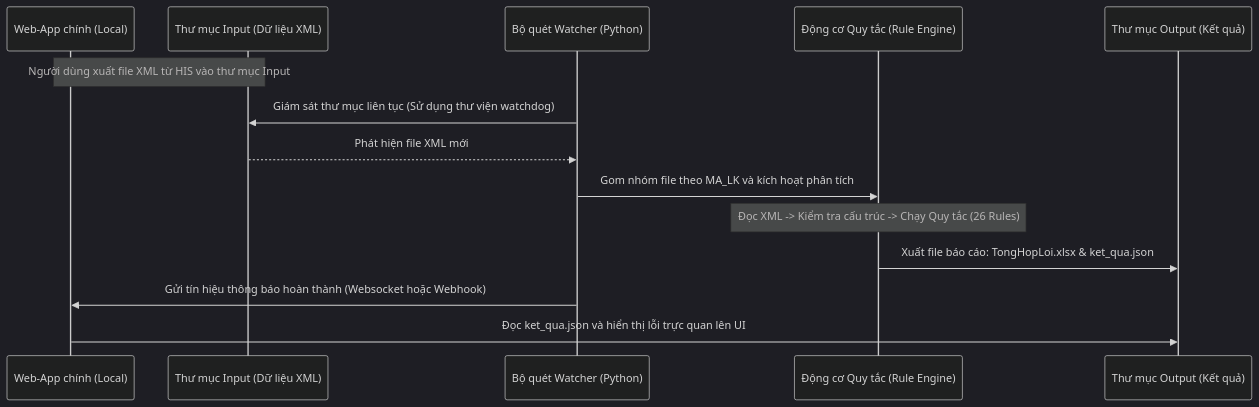
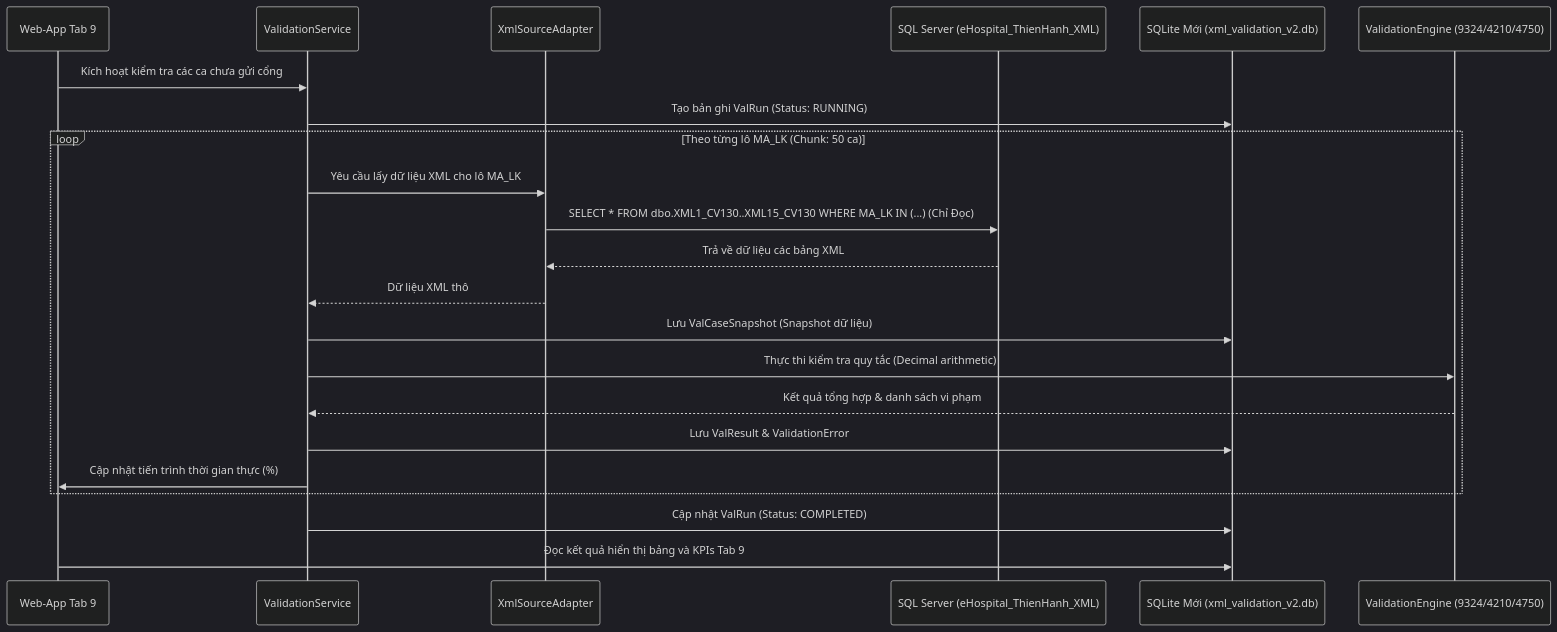
The diagram in xml_validation_tool_spec.md (buinguyenhong/CHECKBHYT), drawn with Mermaid (dark theme) before and after one commit. The commit also changed other lines of this file and 24 other files, not shown here.

Commit message:
feat(validator-v2): Thay the XML Validator tai Tab 9 bang he thong Validate XML V2 doc lap (9324, 4210, 4750, QD4750-CTN)

````diff
--- a/xml_validation_tool_spec.md
+++ b/xml_validation_tool_spec.md
@@ -23,17 +24,25 @@
 ```mermaid
 sequenceDiagram
-    participant App as Web-App chính (Local)
-    participant InputDir as Thư mục Input (Dữ liệu XML)
-    participant Watcher as Bộ quét Watcher (Python)
-    participant Engine as Động cơ Quy tắc (Rule Engine)
-    participant OutputDir as Thư mục Output (Kết quả)
+    participant WebApp as Web-App Tab 9
+    participant Service as ValidationService
+    participant Adapter as XmlSourceAdapter
+    participant SQLServer as SQL Server (eHospital_ThienHanh_XML)
+    participant SQLiteVal as SQLite Mới (xml_validation_v2.db)
+    participant Engine as ValidationEngine (9324/4210/4750)
 
-    Note over App, InputDir: Người dùng xuất file XML từ HIS vào thư mục Input
-    Watcher->>InputDir: Giám sát thư mục liên tục (Sử dụng thư viện watchdog)
-    InputDir-->>Watcher: Phát hiện file XML mới
-    Watcher->>Engine: Gom nhóm file theo MA_LK và kích hoạt phân tích
-    Note over Engine: Đọc XML -> Kiểm tra cấu trúc -> Chạy Quy tắc (26 Rules)
-    Engine->>OutputDir: Xuất file báo cáo: TongHopLoi.xlsx & ket_qua.json
-    Watcher->>App: Gửi tín hiệu thông báo hoàn thành (Websocket hoặc Webhook)
-    App->>OutputDir: Đọc ket_qua.json và hiển thị lỗi trực quan lên UI
+    WebApp->>Service: Kích hoạt kiểm tra các ca chưa gửi cổng
+    Service->>SQLiteVal: Tạo bản ghi ValRun (Status: RUNNING)
+    loop Theo từng lô MA_LK (Chunk: 50 ca)
+        Service->>Adapter: Yêu cầu lấy dữ liệu XML cho lô MA_LK
+        Adapter->>SQLServer: SELECT * FROM dbo.XML1_CV130..XML15_CV130 WHERE MA_LK IN (...) (Chỉ Đọc)
+        SQLServer-->>Adapter: Trả về dữ liệu các bảng XML
+        Adapter-->>Service: Dữ liệu XML thô
+        Service->>SQLiteVal: Lưu ValCaseSnapshot (Snapshot dữ liệu)
+        Service->>Engine: Thực thi kiểm tra quy tắc (Decimal arithmetic)
+        Engine-->>Service: Kết quả tổng hợp & danh sách vi phạm
+        Service->>SQLiteVal: Lưu ValResult & ValidationError
+        Service->>WebApp: Cập nhật tiến trình thời gian thực (%)
+    end
+    Service->>SQLiteVal: Cập nhật ValRun (Status: COMPLETED)
+    WebApp->>SQLiteVal: Đọc kết quả hiển thị bảng và KPIs Tab 9
 ```
````
